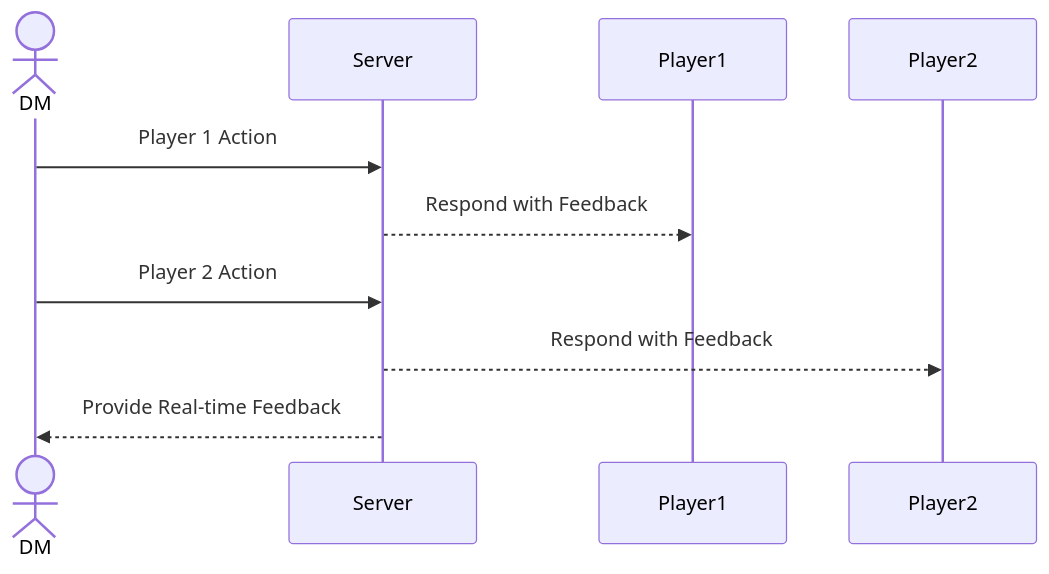
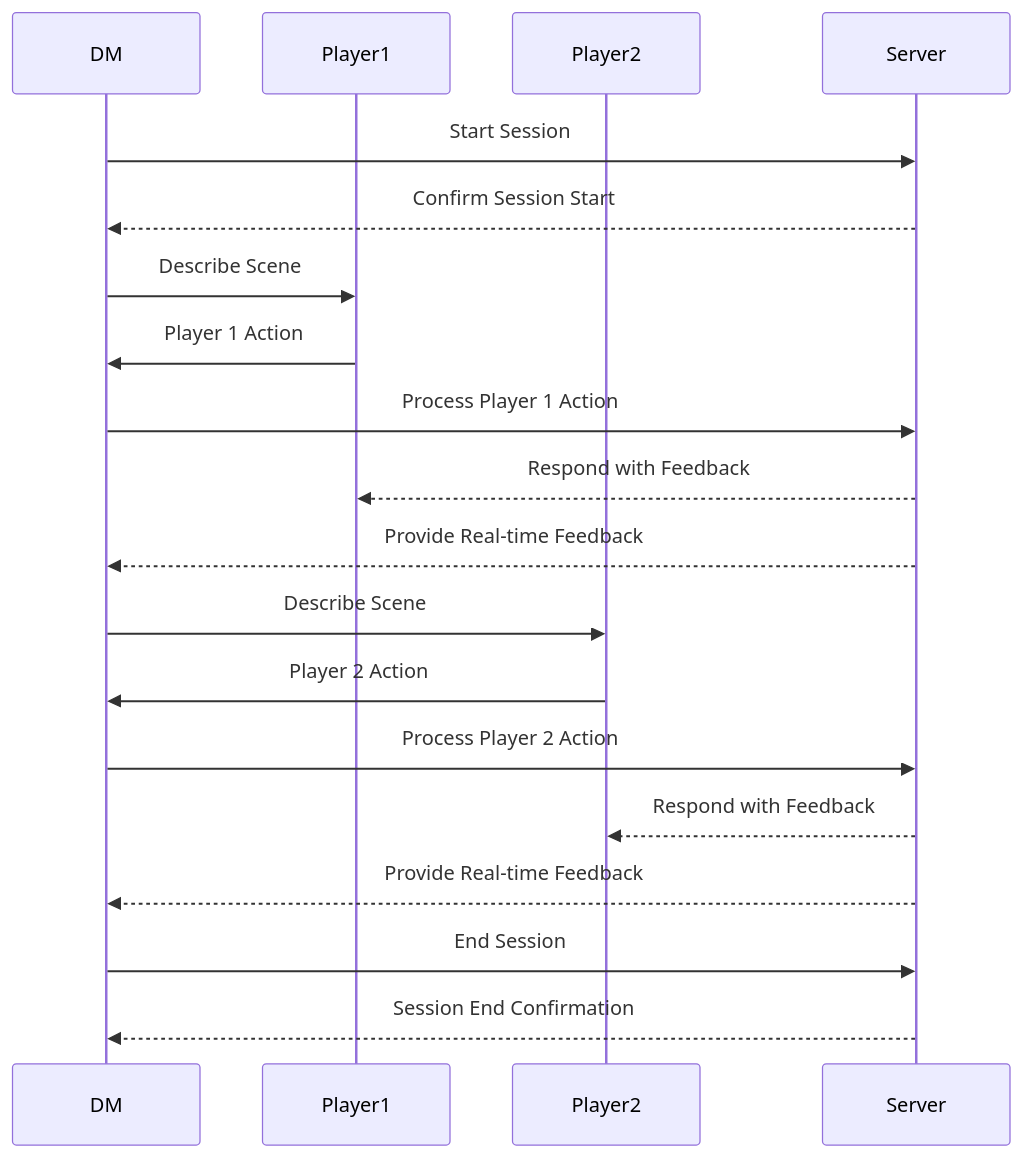
The diagram in README.md (matthewandersonthompson/startup), drawn with Mermaid before and after one commit. The commit also changed other lines of this file, not shown here.

Commit message:
Design Images and README updates to mermaid

````diff
--- a/README.md
+++ b/README.md
@@ -29,9 +31,25 @@
 ```mermaid
 sequenceDiagram
-    actor DM
-    DM->>Server: Player 1 Action
-    Server -->>Player1: Respond with Feedback
-    DM->>Server: Player 2 Action
-    Server -->>Player2: Respond with Feedback
-    Server -->>DM: Provide Real-time Feedback
+    participant DM
+    participant Player1
+    participant Player2
+    participant Server
+    
+    DM->>Server: Start Session
+    Server-->>DM: Confirm Session Start
+    
+    DM->>Player1: Describe Scene
+    Player1->>DM: Player 1 Action
+    DM->>Server: Process Player 1 Action
+    Server-->>Player1: Respond with Feedback
+    Server-->>DM: Provide Real-time Feedback
+    
+    DM->>Player2: Describe Scene
+    Player2->>DM: Player 2 Action
+    DM->>Server: Process Player 2 Action
+    Server-->>Player2: Respond with Feedback
+    Server-->>DM: Provide Real-time Feedback
+
+    DM->>Server: End Session
+    Server-->>DM: Session End Confirmation
 ```
````
